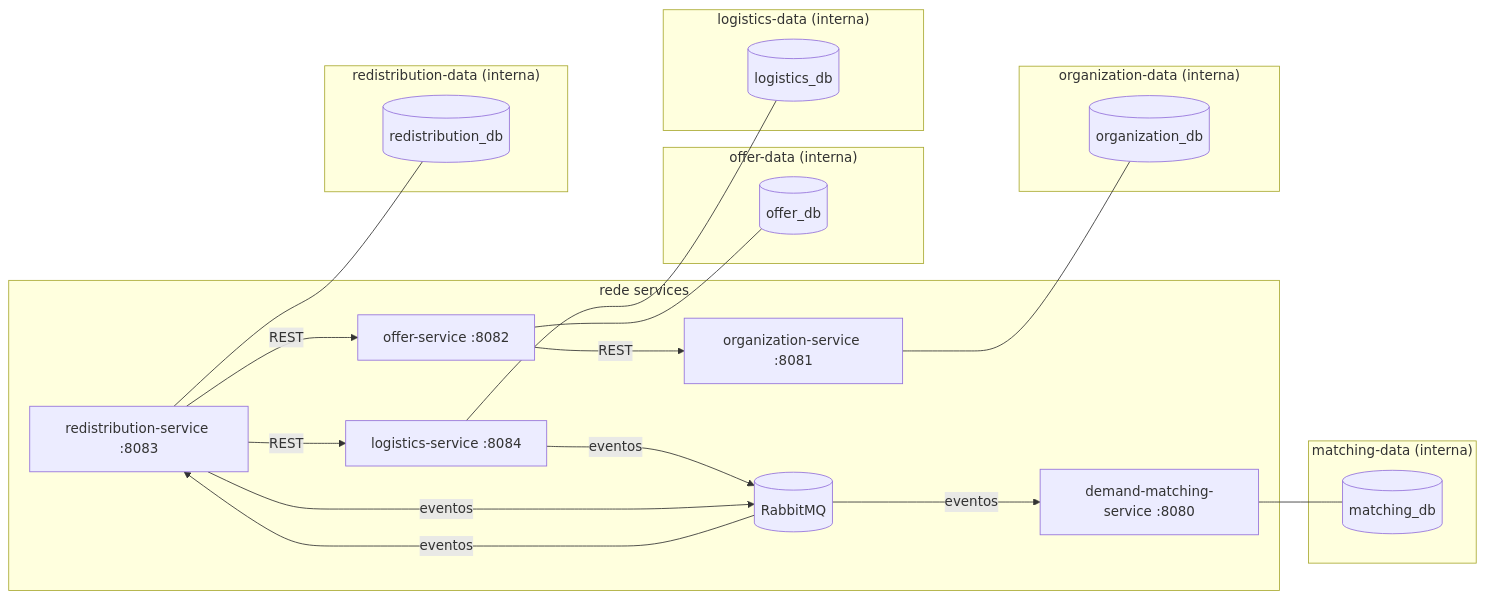
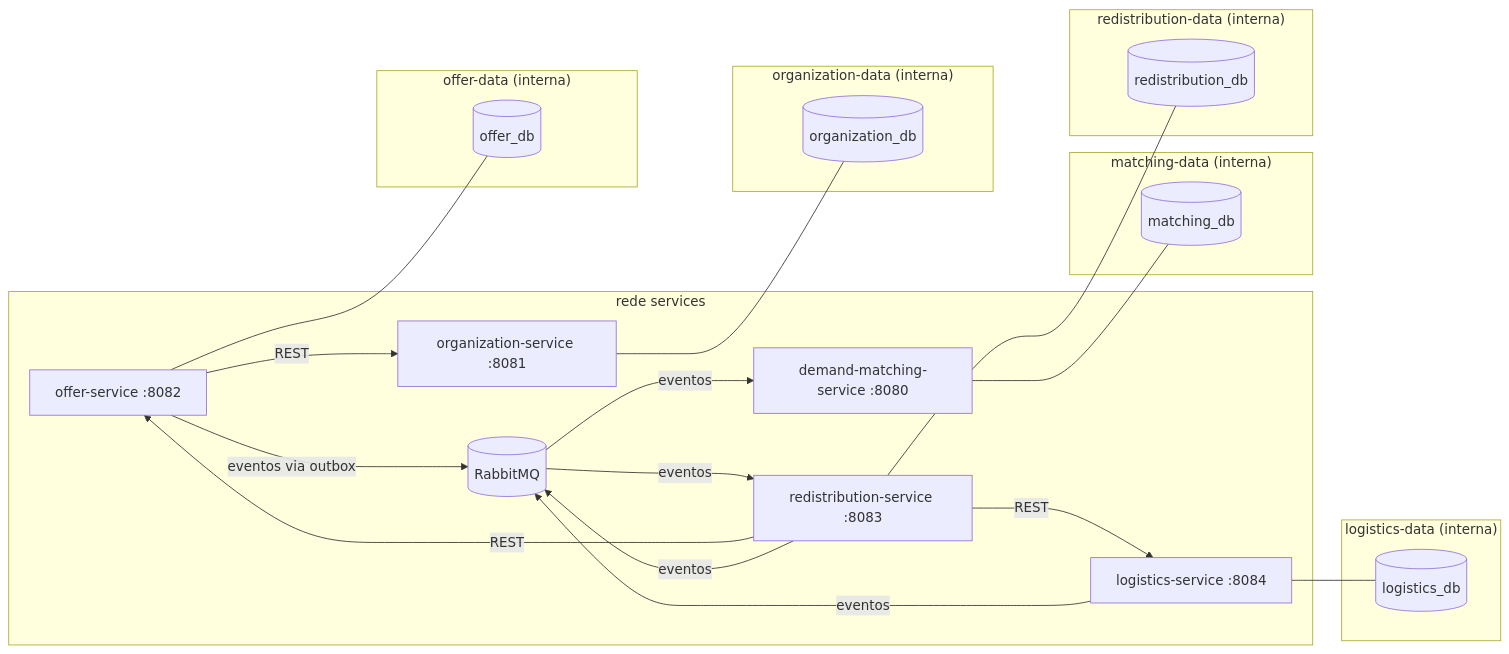
The diagram in docs/arquitetura/05-containerizacao.md (anaqzandrade/GCC129-TRABALHO-PRATICO), drawn with Mermaid before and after one commit. The commit also changed other lines of this file and 21 other files, not shown here.

````diff
--- a/docs/arquitetura/05-containerizacao.md
+++ b/docs/arquitetura/05-containerizacao.md
@@ -20,41 +20,42 @@
 ```mermaid
 flowchart LR
     subgraph services["rede services"]
         ORG[organization-service :8081]
         OFF[offer-service :8082]
         MAT[demand-matching-service :8080]
         RED[redistribution-service :8083]
         LOG[logistics-service :8084]
         MQ[(RabbitMQ)]
     end
 
     subgraph orgdata["organization-data (interna)"]
         ORGDB[(organization_db)]
     end
     subgraph offdata["offer-data (interna)"]
         OFFDB[(offer_db)]
     end
     subgraph matdata["matching-data (interna)"]
         MATDB[(matching_db)]
     end
     subgraph reddata["redistribution-data (interna)"]
         REDDB[(redistribution_db)]
     end
     subgraph logdata["logistics-data (interna)"]
         LOGDB[(logistics_db)]
     end
 
     ORG --- ORGDB
     OFF --- OFFDB
     MAT --- MATDB
     RED --- REDDB
     LOG --- LOGDB
 
     OFF -->|REST| ORG
     RED -->|REST| OFF
     RED -->|REST| LOG
+    OFF -->|eventos via outbox| MQ
     LOG -->|eventos| MQ
     RED -->|eventos| MQ
     MQ -->|eventos| RED
     MQ -->|eventos| MAT
 ```
````
